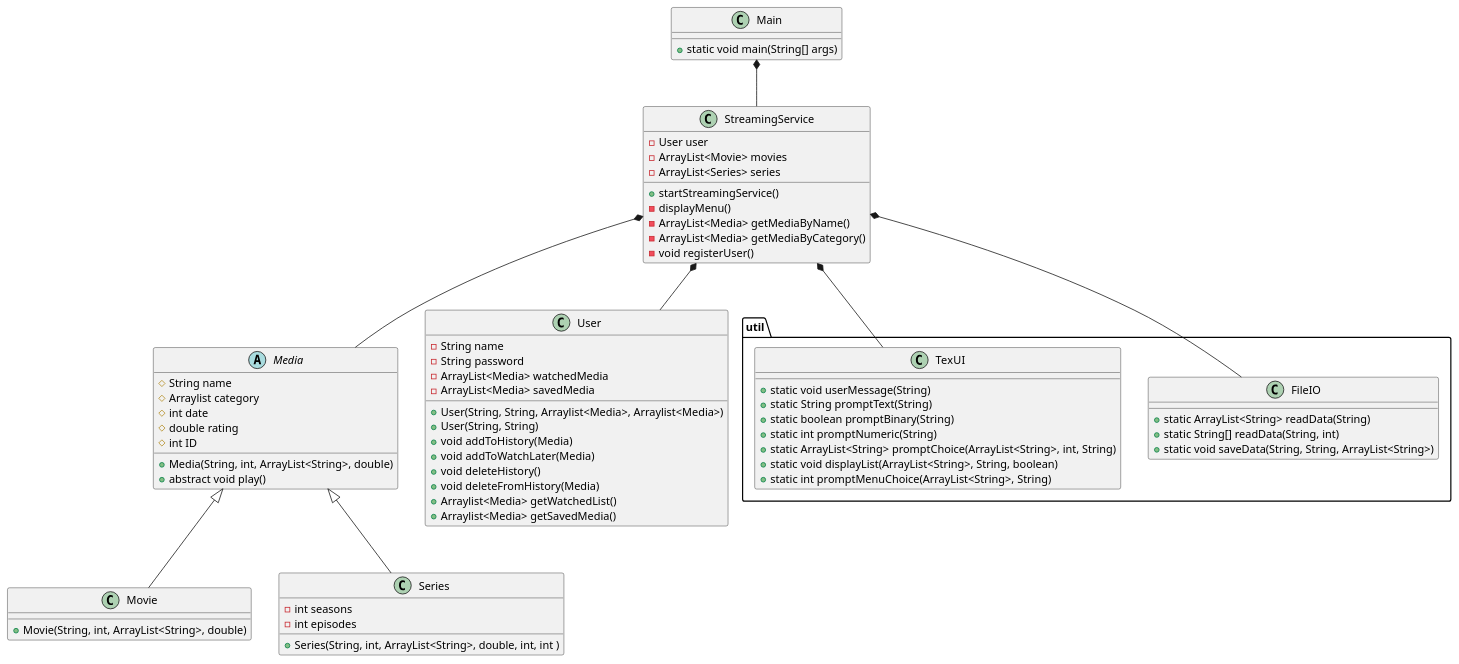
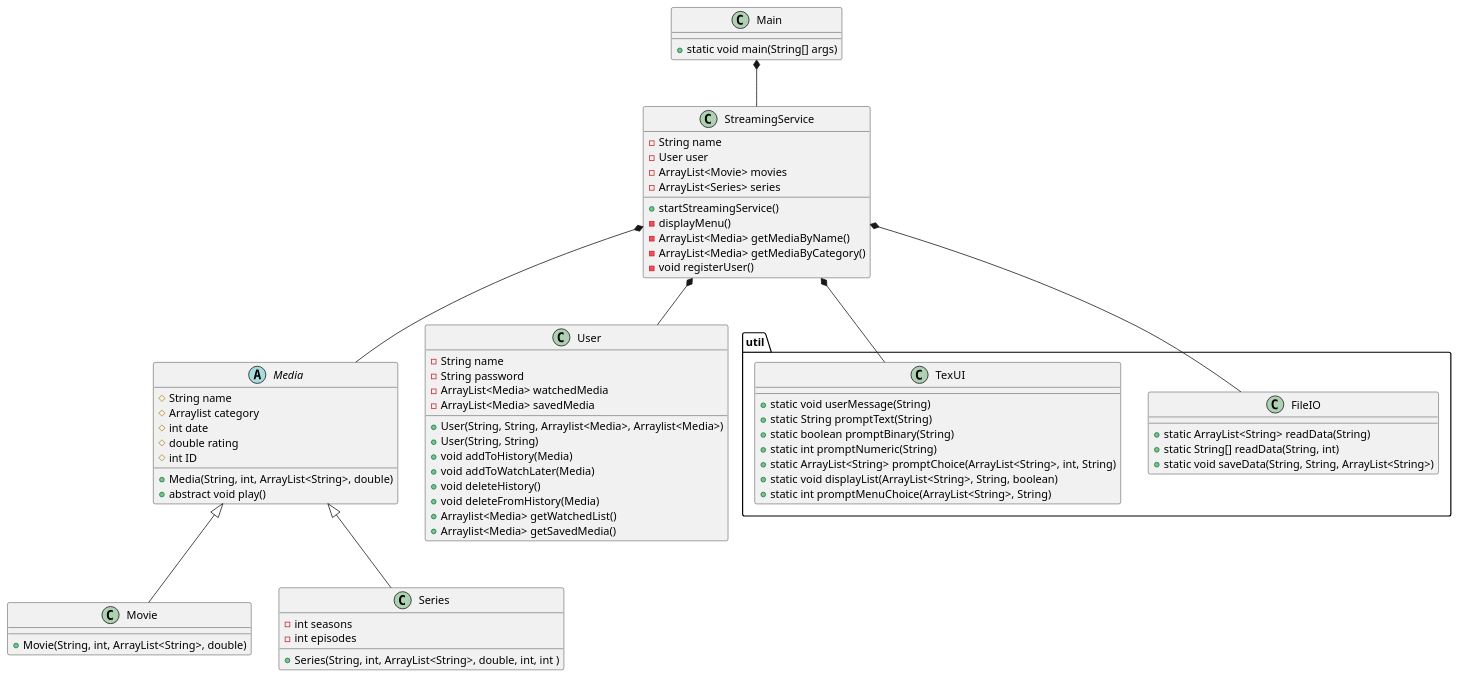
Before and after one commit to Studiegruppe-B/SP3-Streamingtjeneste: the diagram in doc/static/classDiagram.puml, drawn with PlantUML.

Commit message:
StreamingService fik String name

```diff
--- a/doc/static/classDiagram.puml
+++ b/doc/static/classDiagram.puml
@@ -1,83 +1,84 @@
 @startuml
 class Main{
 + static void main(String[] args)
 
 }
 
 class StreamingService{
+- String name
 - User user
 - ArrayList<Movie> movies
 - ArrayList<Series> series
 + startStreamingService()
 - displayMenu()
 - ArrayList<Media> getMediaByName()
 - ArrayList<Media> getMediaByCategory()
 - void registerUser()
 }
 
 
 
 
 abstract class Media{
 # String name
 # Arraylist category
 # int date
 # double rating
 # int ID
 + Media(String, int, ArrayList<String>, double)
 + abstract void play()
 
 }
 
 class Movie{
 + Movie(String, int, ArrayList<String>, double)
 }
 
 class Series{
 + Series(String, int, ArrayList<String>, double, int, int )
 - int seasons
 - int episodes
 }
 
 class User{
 - String name
 - String password
 - ArrayList<Media> watchedMedia
 - ArrayList<Media> savedMedia
 + User(String, String, Arraylist<Media>, Arraylist<Media>)
 + User(String, String)
 + void addToHistory(Media)
 + void addToWatchLater(Media)
 + void deleteHistory()
 + void deleteFromHistory(Media)
 + Arraylist<Media> getWatchedList()
 + Arraylist<Media> getSavedMedia()
 }
 
 package "util"{
 class FileIO{
 + static ArrayList<String> readData(String)
 + static String[] readData(String, int)
 + static void saveData(String, String, ArrayList<String>)
 }
 
 class TexUI{
 + static void userMessage(String)
 + static String promptText(String)
 + static boolean promptBinary(String)
 + static int promptNumeric(String)
 + static ArrayList<String> promptChoice(ArrayList<String>, int, String)
 + static void displayList(ArrayList<String>, String, boolean)
 + static int promptMenuChoice(ArrayList<String>, String)
 
 }
 }
 
 Main *-- StreamingService
 StreamingService *-- Media
 StreamingService *-- FileIO
 StreamingService *-- TexUI
 StreamingService *-- User
 Media <|-- Movie
 Media <|-- Series
 @enduml
```
